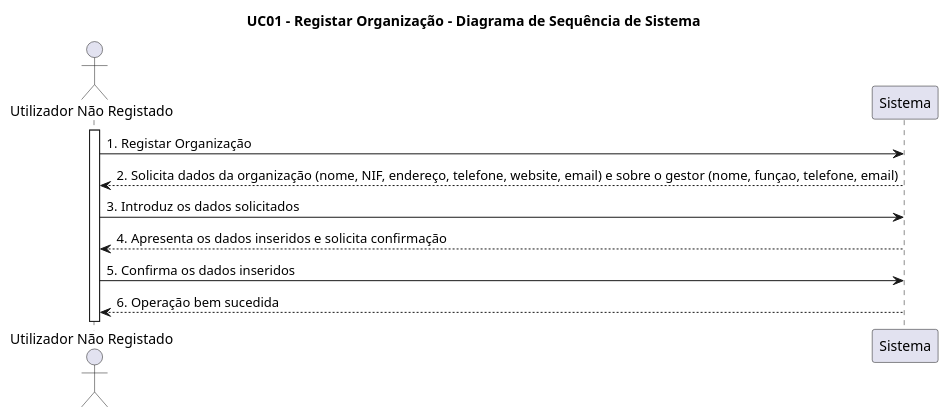
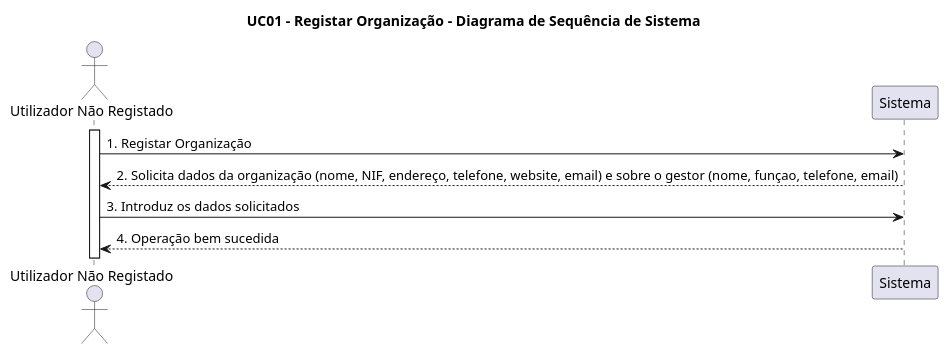
Before and after one commit to blestonbandeiraUPSKILL/upskill_java1_labprg_grupo2: the diagram in Documentação/Sprint 2/UC01_Registar_Organizacao/UC01_Registar_Organizacao_SSD.puml, drawn with PlantUML. The commit also changed 20 other files, not shown here.

```diff
--- a/Documentação/Sprint 2/UC01_Registar_Organizacao/UC01_Registar_Organizacao_SSD.puml
+++ b/Documentação/Sprint 2/UC01_Registar_Organizacao/UC01_Registar_Organizacao_SSD.puml
@@ -1,18 +1,15 @@
 @startuml
 
 title UC01 - Registar Organização - Diagrama de Sequência de Sistema
 
 actor "Utilizador Não Registado" as UtilizadorNaoRegistado
 activate UtilizadorNaoRegistado
 
 skinparam sequenceMessageAlign left
 UtilizadorNaoRegistado -> Sistema: 1. Registar Organização
 Sistema --> UtilizadorNaoRegistado: 2. Solicita dados da organização (nome, NIF, endereço, telefone, website, email) e sobre o gestor (nome, funçao, telefone, email)
 
 UtilizadorNaoRegistado -> Sistema: 3. Introduz os dados solicitados
-UtilizadorNaoRegistado <-- Sistema: 4. Apresenta os dados inseridos e solicita confirmação
-
-UtilizadorNaoRegistado -> Sistema: 5. Confirma os dados inseridos
-UtilizadorNaoRegistado <-- Sistema: 6. Operação bem sucedida
+UtilizadorNaoRegistado <-- Sistema: 4. Operação bem sucedida
 
 @enduml
```
